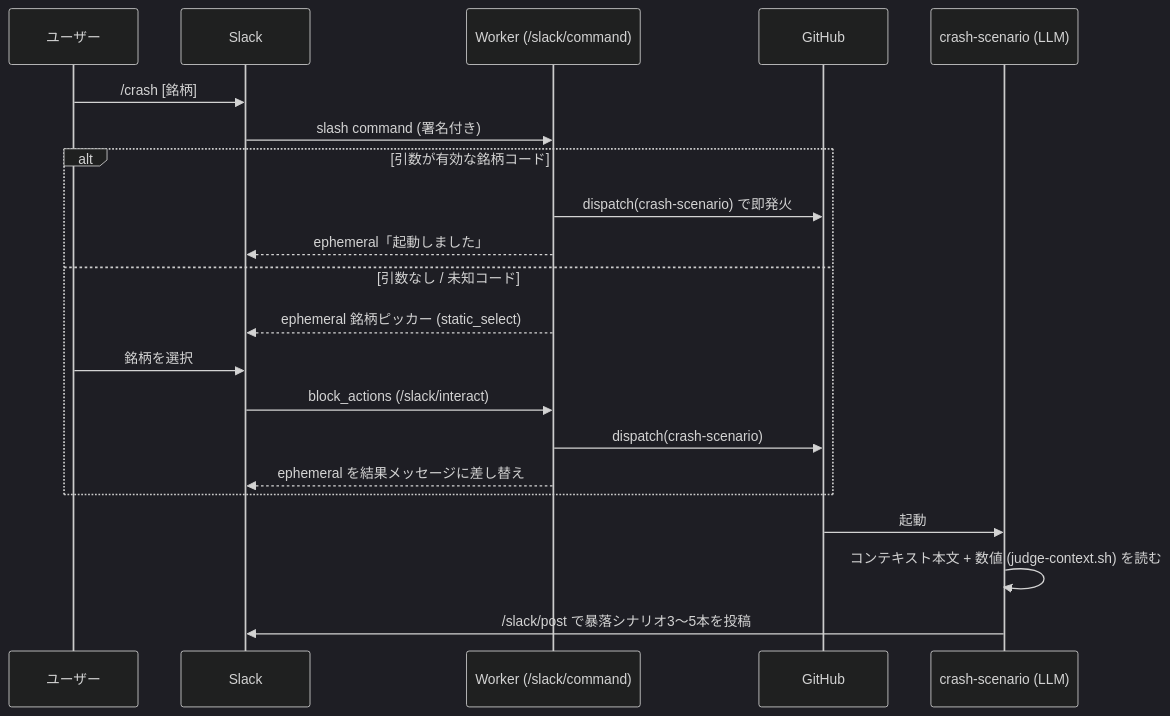
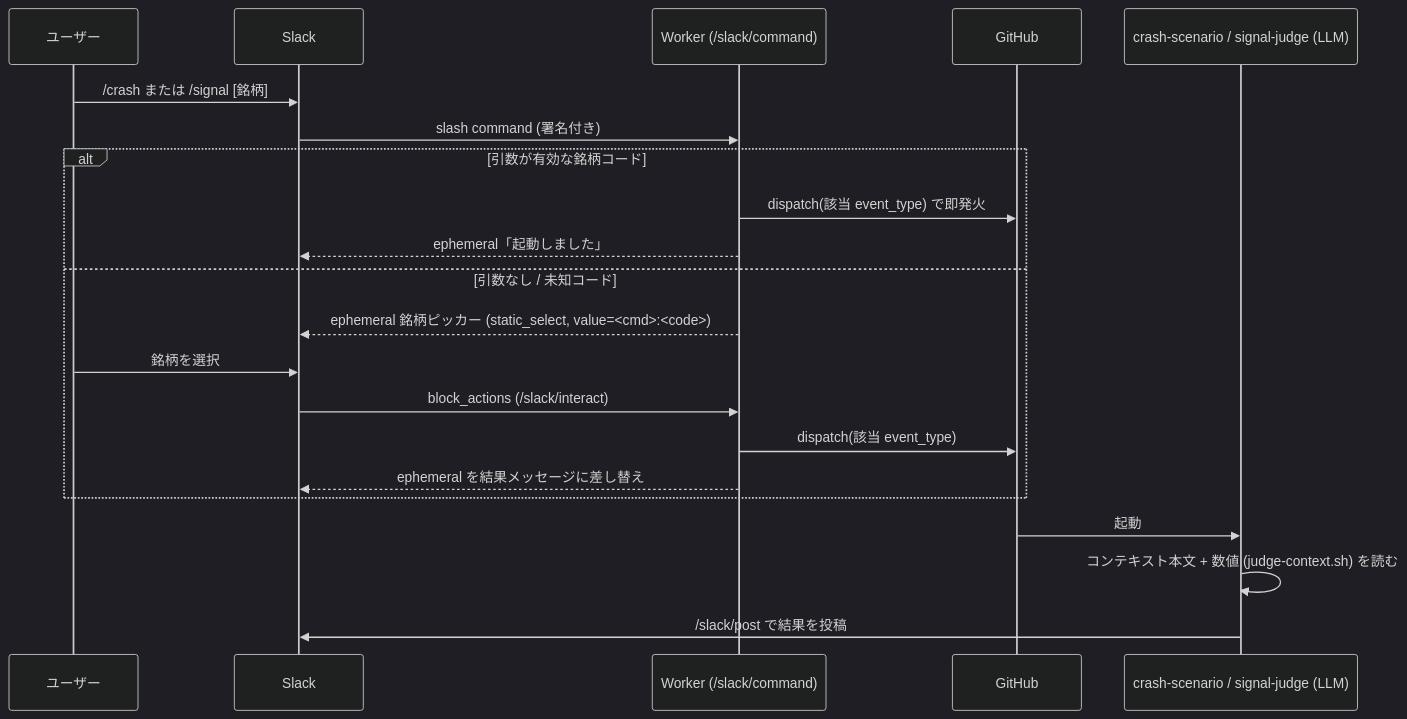
Before and after one commit to omni-stove/stock-signals: the fourth of 4 diagrams in README.md, drawn with Mermaid (dark theme). The commit also changed other lines of this file and 9 other files, not shown here.

````diff
--- a/README.md
+++ b/README.md
@@ -191,24 +196,24 @@
 ```mermaid
 sequenceDiagram
     participant U as ユーザー
     participant SL as Slack
     participant W as Worker (/slack/command)
     participant GH as GitHub
-    participant CS as crash-scenario (LLM)
+    participant CS as crash-scenario / signal-judge (LLM)
 
-    U->>SL: /crash [銘柄]
+    U->>SL: /crash または /signal [銘柄]
     SL->>W: slash command (署名付き)
     alt 引数が有効な銘柄コード
-        W->>GH: dispatch(crash-scenario) で即発火
+        W->>GH: dispatch(該当 event_type) で即発火
         W-->>SL: ephemeral「起動しました」
     else 引数なし / 未知コード
-        W-->>SL: ephemeral 銘柄ピッカー (static_select)
+        W-->>SL: ephemeral 銘柄ピッカー (static_select, value=<cmd>:<code>)
         U->>SL: 銘柄を選択
         SL->>W: block_actions (/slack/interact)
-        W->>GH: dispatch(crash-scenario)
+        W->>GH: dispatch(該当 event_type)
         W-->>SL: ephemeral を結果メッセージに差し替え
     end
     GH->>CS: 起動
     CS->>CS: コンテキスト本文 + 数値 (judge-context.sh) を読む
-    CS->>SL: /slack/post で暴落シナリオ3〜5本を投稿
+    CS->>SL: /slack/post で結果を投稿
 ```
````
